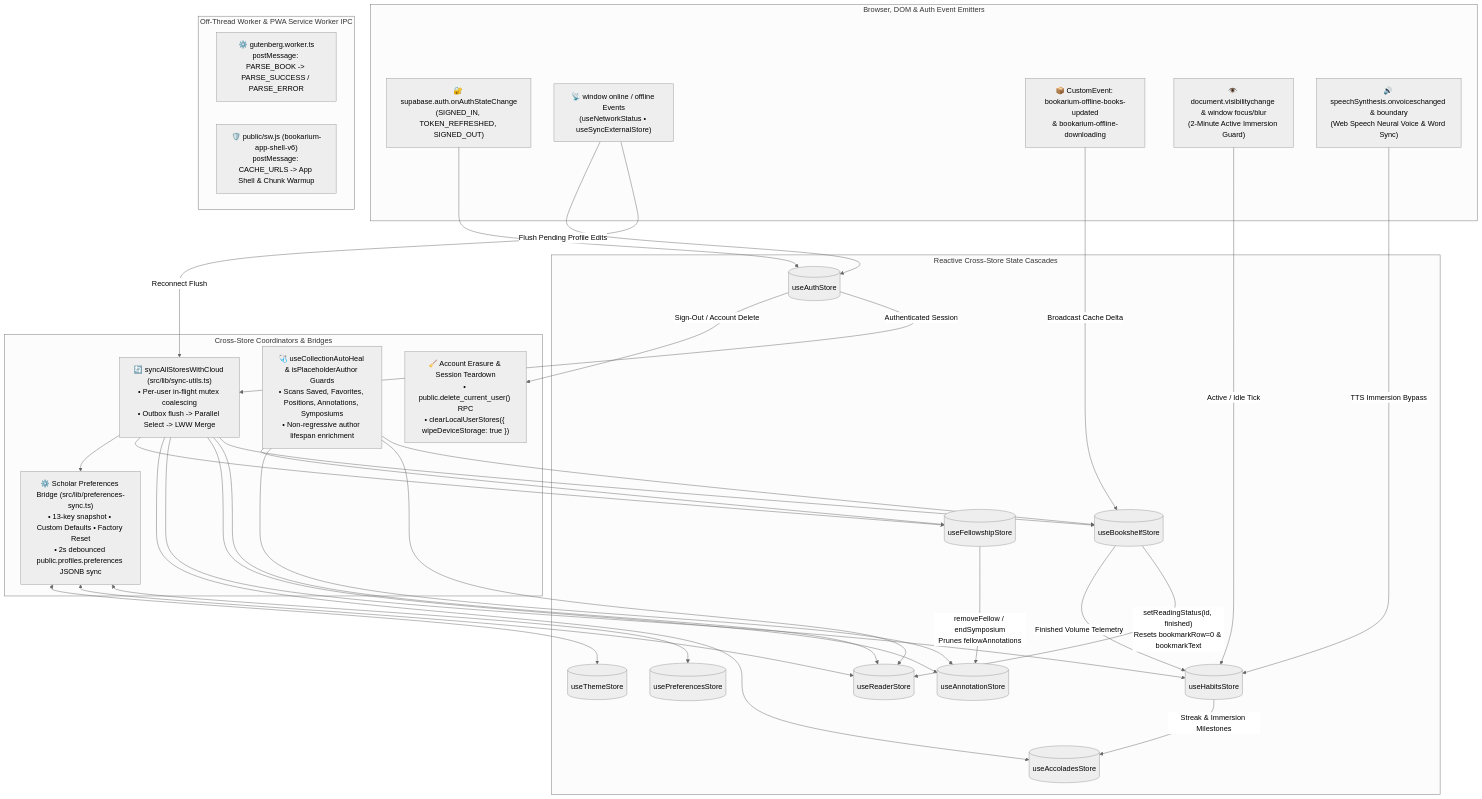
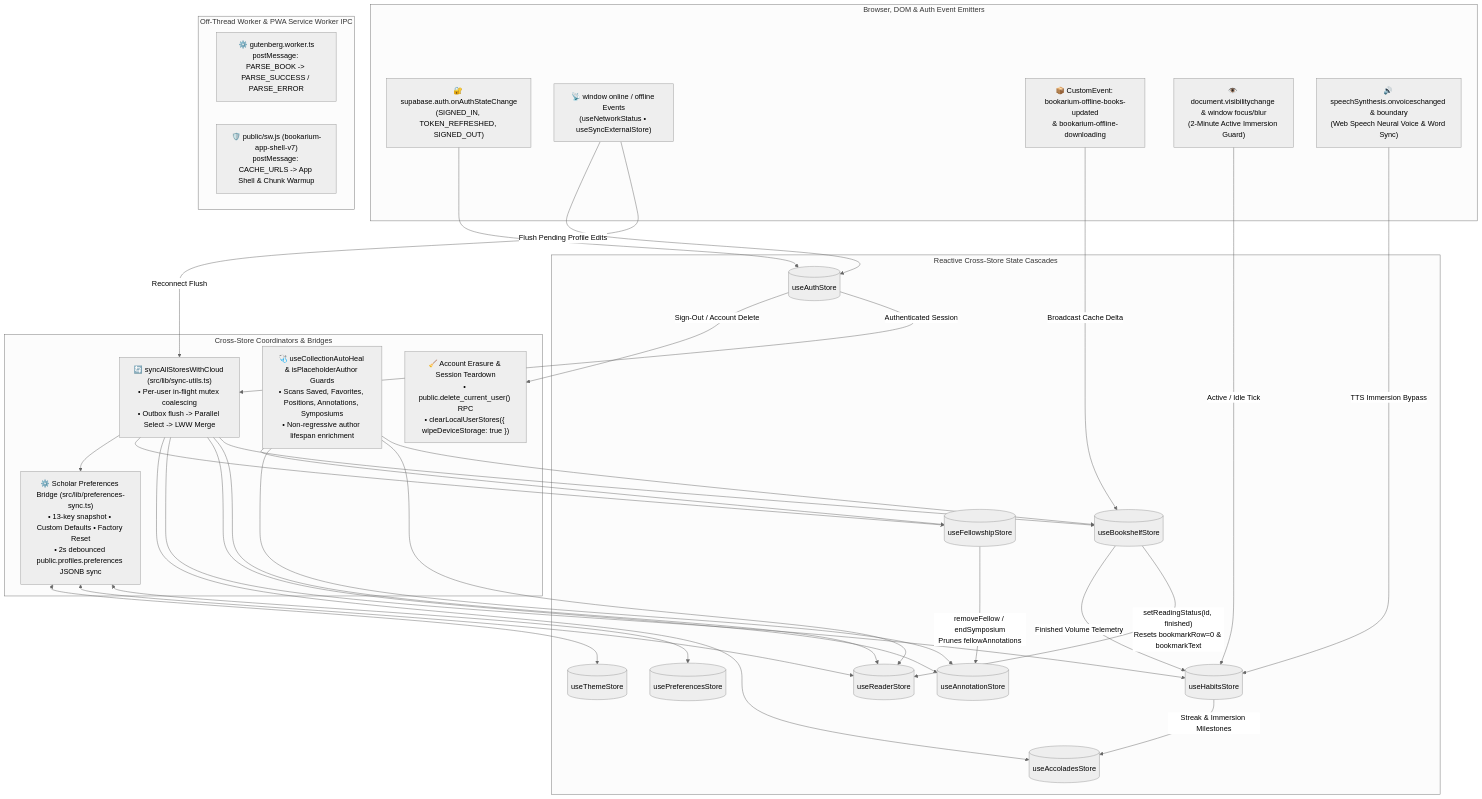
The fourth of 12 diagrams in docs/ARCHITECTURE.md (calin-m/Bookarium), drawn with Mermaid (neutral theme) before and after one commit. The commit also changed other lines of this file and 73 other files, not shown here.

First line of the commit message:
refactor(architecture): dynamic AST/SQL matrix extraction & 4-tier DRY subcomponentization

````diff
--- a/docs/ARCHITECTURE.md
+++ b/docs/ARCHITECTURE.md
@@ -544,61 +557,61 @@
 ```mermaid
 flowchart TD
     subgraph BrowserEvents ["Browser, DOM & Auth Event Emitters"]
         EvtAuth["🔐 supabase.auth.onAuthStateChange\n(SIGNED_IN, TOKEN_REFRESHED, SIGNED_OUT)"]
         EvtOnline["📡 window online / offline Events\n(useNetworkStatus • useSyncExternalStore)"]
         EvtIDB["📦 CustomEvent: bookarium-offline-books-updated\n& bookarium-offline-downloading"]
         EvtVis["👁️ document.visibilitychange & window focus/blur\n(2-Minute Active Immersion Guard)"]
         EvtSpeech["🔊 speechSynthesis.onvoiceschanged & boundary\n(Web Speech Neural Voice & Word Sync)"]
     end
 
     subgraph Coordinators ["Cross-Store Coordinators & Bridges"]
         SyncCoord["🔄 syncAllStoresWithCloud (src/lib/sync-utils.ts)\n• Per-user in-flight mutex coalescing\n• Outbox flush -> Parallel Select -> LWW Merge"]
         PrefsBridge["⚙️ Scholar Preferences Bridge (src/lib/preferences-sync.ts)\n• 13-key snapshot • Custom Defaults • Factory Reset\n• 2s debounced public.profiles.preferences JSONB sync"]
         AutoHeal["🩺 useCollectionAutoHeal & isPlaceholderAuthor Guards\n• Scans Saved, Favorites, Positions, Annotations, Symposiums\n• Non-regressive author lifespan enrichment"]
         Teardown["🧹 Account Erasure & Session Teardown\n• public.delete_current_user() RPC\n• clearLocalUserStores({ wipeDeviceStorage: true })"]
     end
 
     subgraph StoreCascades ["Reactive Cross-Store State Cascades"]
         SAuth[("useAuthStore")]
         SShelf[("useBookshelfStore")]
         SReader[("useReaderStore")]
         SHabits[("useHabitsStore")]
         SAccolades[("useAccoladesStore")]
         SFellow[("useFellowshipStore")]
         SAnnot[("useAnnotationStore")]
         SPrefs[("usePreferencesStore")]
         STheme[("useThemeStore")]
     end
 
     subgraph WorkerIPC ["Off-Thread Worker & PWA Service Worker IPC"]
         ParserWorker["⚙️ gutenberg.worker.ts\npostMessage: PARSE_BOOK -> PARSE_SUCCESS / PARSE_ERROR"]
-        SWChannel["🛡️ public/sw.js (bookarium-app-shell-v6)\npostMessage: CACHE_URLS -> App Shell & Chunk Warmup"]
+        SWChannel["🛡️ public/sw.js (bookarium-app-shell-v7)\npostMessage: CACHE_URLS -> App Shell & Chunk Warmup"]
     end
 
     EvtAuth --> SAuth
     SAuth -->|"Authenticated Session"| SyncCoord
     SAuth -->|"Sign-Out / Account Delete"| Teardown
     EvtOnline -->|"Reconnect Flush"| SyncCoord
     EvtOnline -->|"Flush Pending Profile Edits"| SAuth
     SyncCoord --> SShelf
     SyncCoord --> SReader
     SyncCoord --> SAnnot
     SyncCoord --> SHabits
     SyncCoord --> SAccolades
     SyncCoord --> SFellow
     SyncCoord --> PrefsBridge
     PrefsBridge <--> SPrefs
     PrefsBridge <--> SReader
     PrefsBridge <--> STheme
     SShelf -->|"setReadingStatus(id, finished)\nResets bookmarkRow=0 & bookmarkText"| SReader
     SShelf -->|"Finished Volume Telemetry"| SHabits
     SHabits -->|"Streak & Immersion Milestones"| SAccolades
     SFellow -->|"removeFellow / endSymposium\nPrunes fellowAnnotations"| SAnnot
     EvtIDB -->|"Broadcast Cache Delta"| SShelf
     EvtVis -->|"Active / Idle Tick"| SHabits
     EvtSpeech -->|"TTS Immersion Bypass"| SHabits
     AutoHeal --> SShelf
     AutoHeal --> SReader
     AutoHeal --> SAnnot
     AutoHeal --> SFellow
 ```
````
